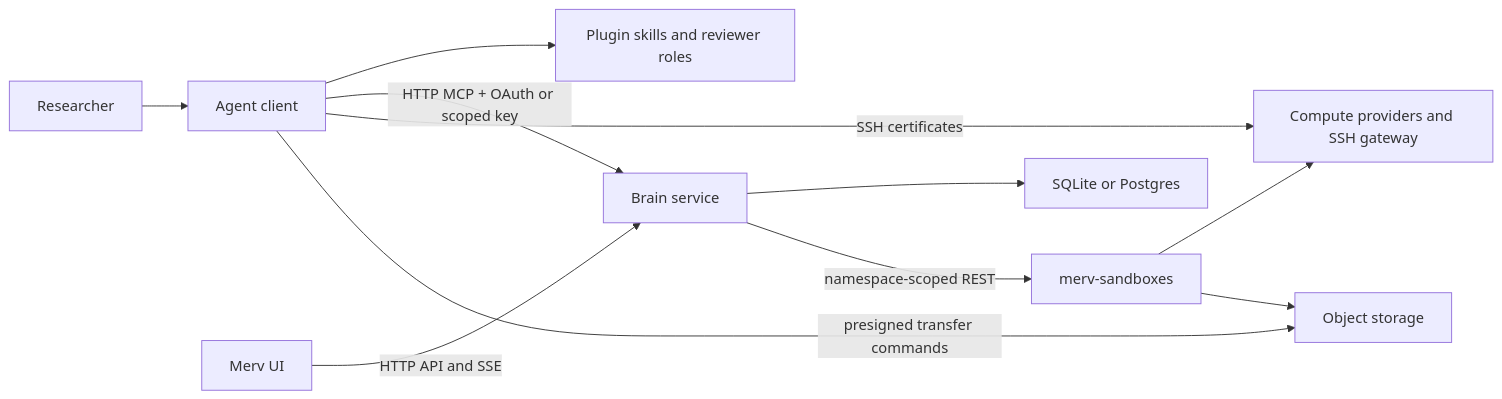
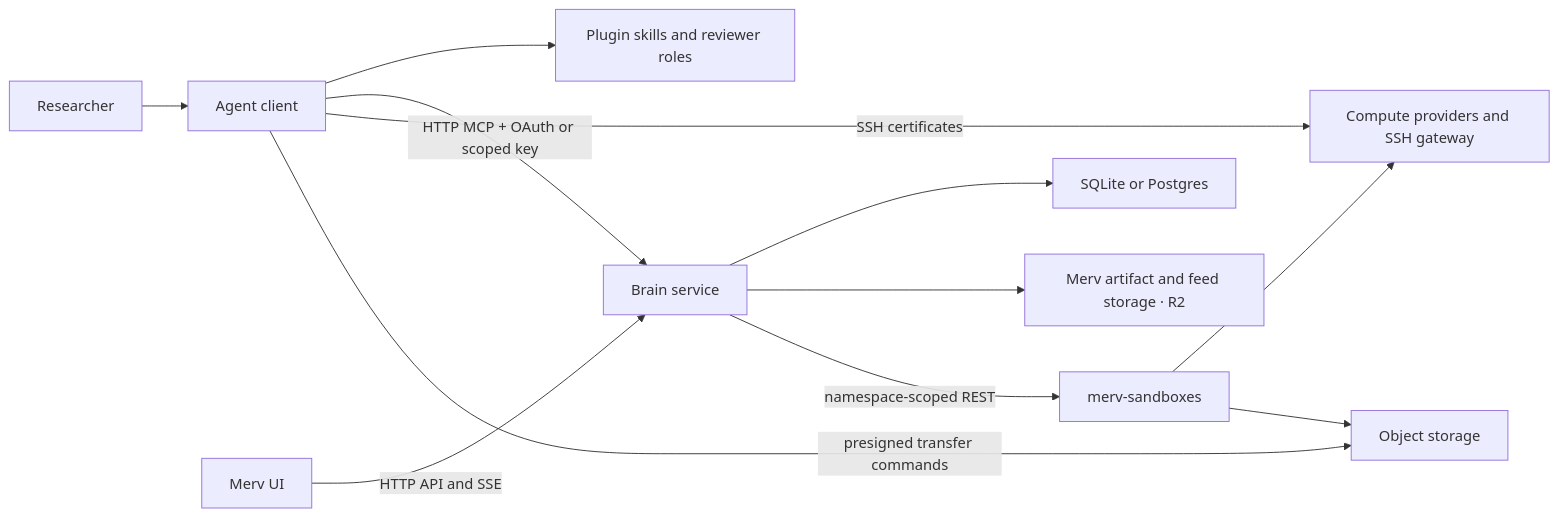
Before and after one commit to rapidreview-io/Merv: the diagram in merv/docs/ARCHITECTURE.md, drawn with Mermaid. The commit also changed other lines of this file and 138 other files, not shown here.

First line of the commit message:
Introduce versioned workflow graphs, composition, and node dispatch

````diff
--- a/merv/docs/ARCHITECTURE.md
+++ b/merv/docs/ARCHITECTURE.md
@@ -36,13 +35,14 @@
 ```mermaid
 flowchart LR
   User["Researcher"] --> Client["Agent client"]
   Client --> Skills["Plugin skills and reviewer roles"]
   Client -->|HTTP MCP + OAuth or scoped key| Brain["Brain service"]
   Browser["Merv UI"] -->|HTTP API and SSE| Brain
   Brain --> State["SQLite or Postgres"]
+  Brain --> Artifacts["Merv artifact and feed storage · R2"]
   Brain -->|namespace-scoped REST| Infra["merv-sandboxes"]
   Infra --> Providers["Compute providers and SSH gateway"]
   Infra --> Blobs["Object storage"]
   Client -->|SSH certificates| Providers
   Client -->|presigned transfer commands| Blobs
 ```
````
